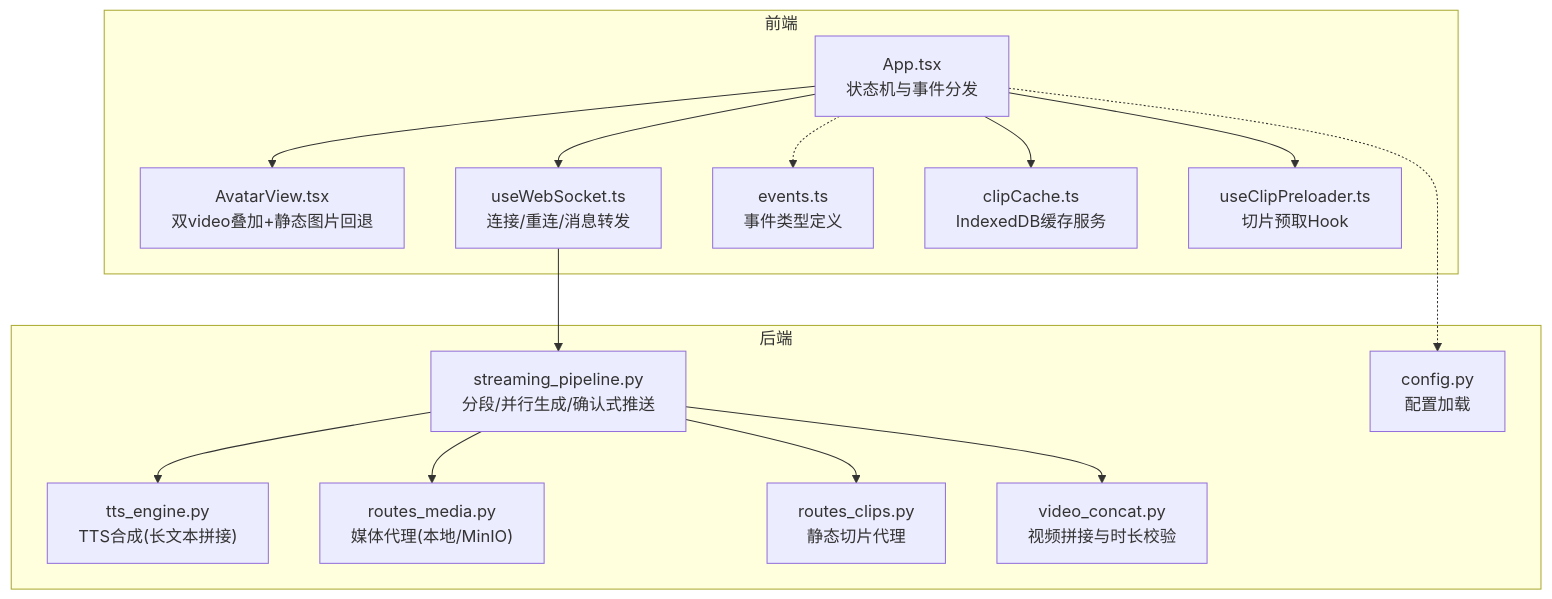
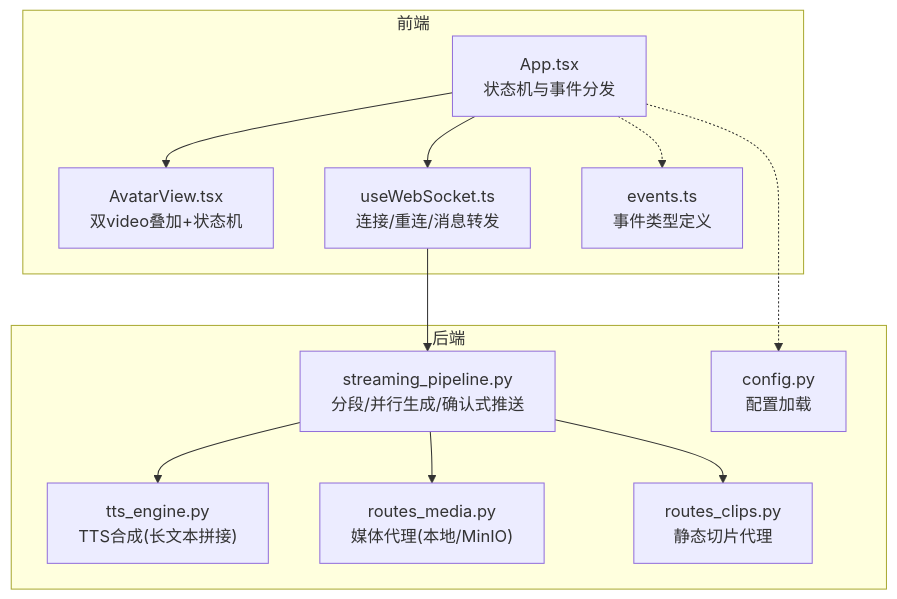
The first of 6 diagrams in .qoder/repowiki/zh/content/前端应用/虚拟形象系统.md (leo21cn/real-time-talk), drawn with Mermaid before and after one commit. The commit also changed other lines of this file and 21 other files, not shown here.

````diff
--- a/.qoder/repowiki/zh/content/前端应用/虚拟形象系统.md
+++ b/.qoder/repowiki/zh/content/前端应用/虚拟形象系统.md
@@ -48,30 +35,24 @@
 ```mermaid
 graph TB
 subgraph "前端"
 A["App.tsx<br/>状态机与事件分发"]
-B["AvatarView.tsx<br/>双video叠加+静态图片回退"]
+B["AvatarView.tsx<br/>双video叠加+状态机"]
 C["useWebSocket.ts<br/>连接/重连/消息转发"]
 D["events.ts<br/>事件类型定义"]
-E["clipCache.ts<br/>IndexedDB缓存服务"]
-F["useClipPreloader.ts<br/>切片预取Hook"]
 end
 subgraph "后端"
-G["streaming_pipeline.py<br/>分段/并行生成/确认式推送"]
-H["tts_engine.py<br/>TTS合成(长文本拼接)"]
-I["routes_media.py<br/>媒体代理(本地/MinIO)"]
-J["routes_clips.py<br/>静态切片代理"]
-K["config.py<br/>配置加载"]
-L["video_concat.py<br/>视频拼接与时长校验"]
+E["streaming_pipeline.py<br/>分段/并行生成/确认式推送"]
+F["tts_engine.py<br/>TTS合成(长文本拼接)"]
+G["routes_media.py<br/>媒体代理(本地/MinIO)"]
+H["routes_clips.py<br/>静态切片代理"]
+I["config.py<br/>配置加载"]
 end
 A --> B
 A --> C
-A --> E
-A --> F
-C --> G
-G --> H
-G --> I
-G --> J
-G --> L
+C --> E
+E --> F
+E --> G
+E --> H
 A -.-> D
-A -.-> K
+A -.-> I
 ```
````
